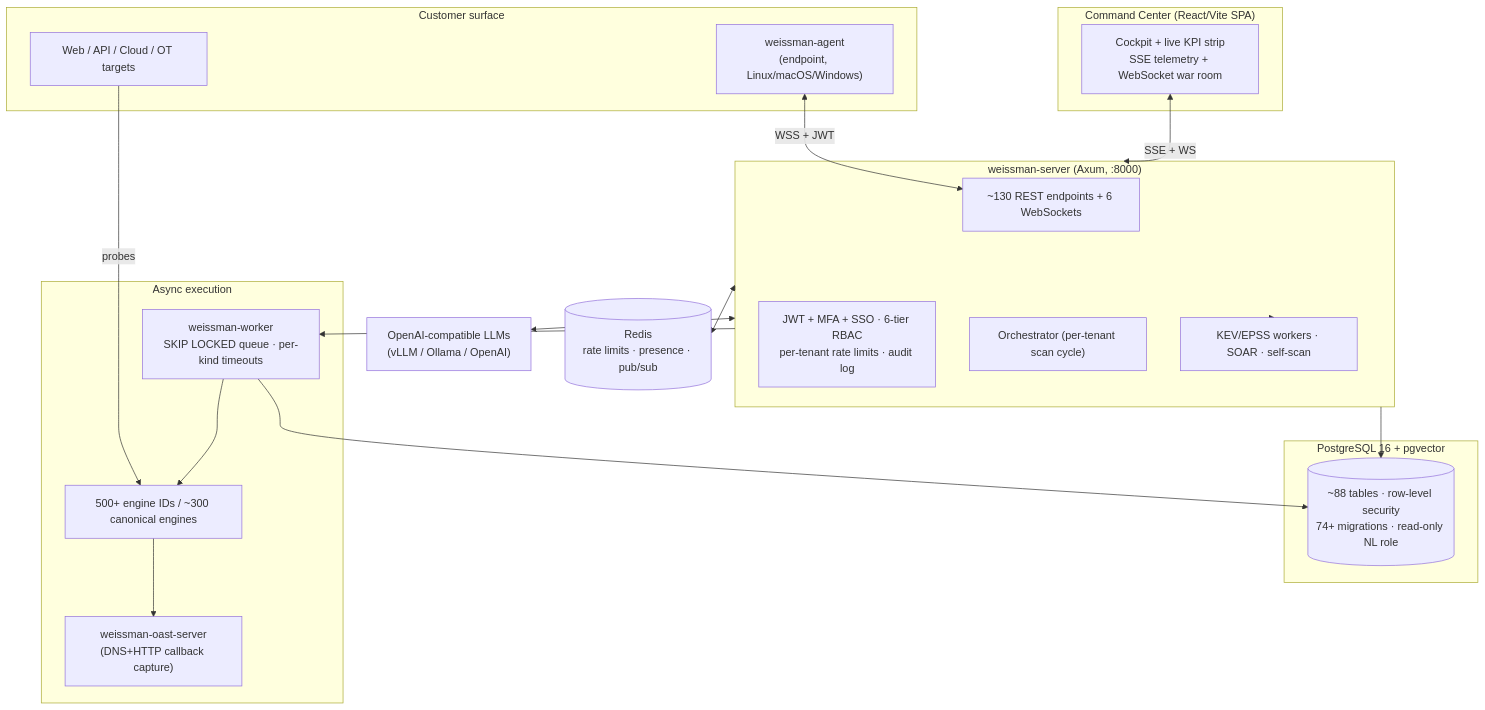
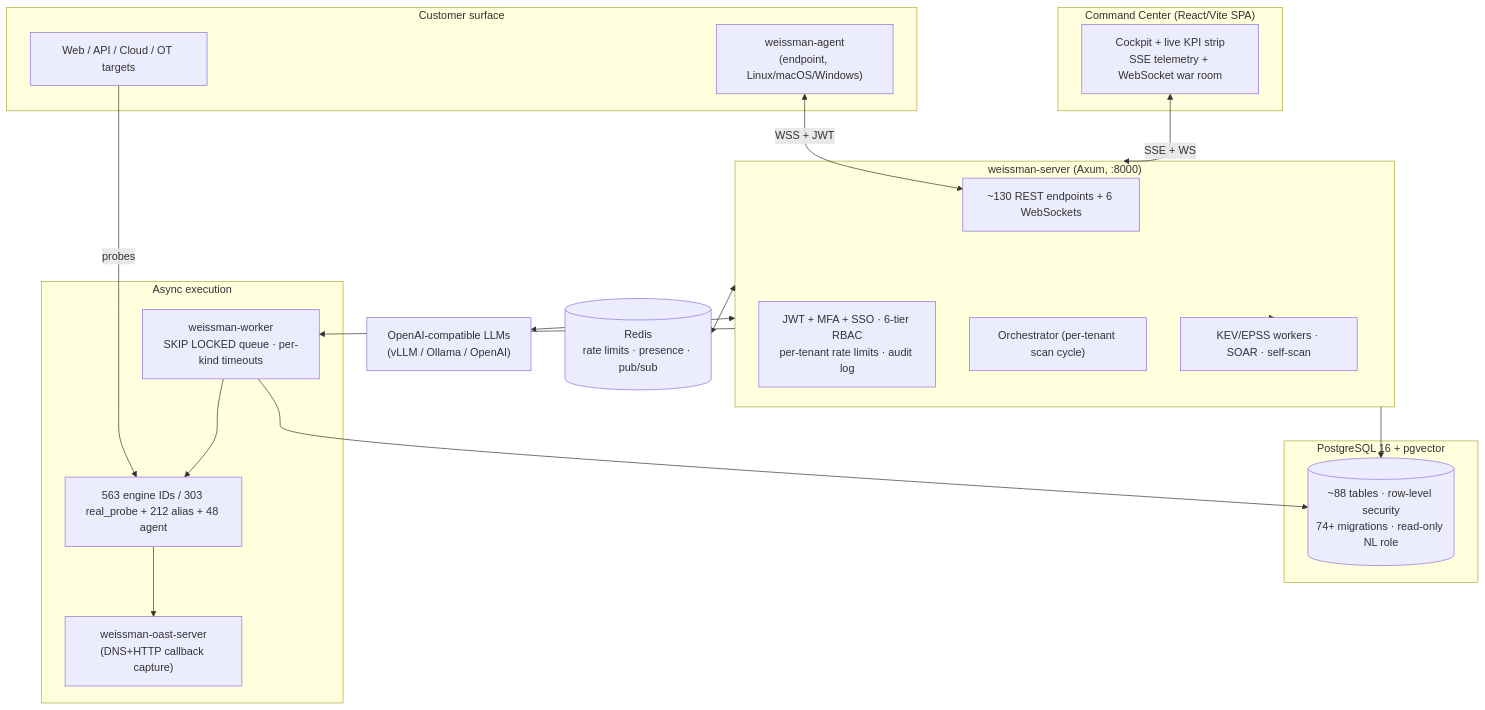
The diagram in Weissman_Cybersecurity_Executive_Technical_Briefing.md (israel12132/weissman-cybersecurity), drawn with Mermaid before and after one commit. The commit also changed other lines of this file and 16 other files, not shown here.

First line of the commit message:
docs: correct engine counts to CI-verified truth (563 = 303 real_probe + 212 alias + 48 agent_required)

````diff
--- a/Weissman_Cybersecurity_Executive_Technical_Briefing.md
+++ b/Weissman_Cybersecurity_Executive_Technical_Briefing.md
@@ -94,43 +94,43 @@
 ```mermaid
 flowchart TB
     subgraph client["Customer surface"]
       WEB["Web / API / Cloud / OT targets"]
       AGENT["weissman-agent\n(endpoint, Linux/macOS/Windows)"]
     end
 
     subgraph ui["Command Center (React/Vite SPA)"]
       COCKPIT["Cockpit + live KPI strip\nSSE telemetry + WebSocket war room"]
     end
 
     subgraph api["weissman-server (Axum, :8000)"]
       ROUTES["~130 REST endpoints + 6 WebSockets"]
       AUTHZ["JWT + MFA + SSO · 6-tier RBAC\nper-tenant rate limits · audit log"]
       ORCH["Orchestrator (per-tenant scan cycle)"]
       INTEL["KEV/EPSS workers · SOAR · self-scan"]
     end
 
     subgraph data["PostgreSQL 16 + pgvector"]
       DB[("~88 tables · row-level security\n74+ migrations · read-only NL role")]
     end
 
     subgraph workers["Async execution"]
       WORKER["weissman-worker\nSKIP LOCKED queue · per-kind timeouts"]
-      ENGINES["500+ engine IDs / ~300 canonical engines"]
+      ENGINES["563 engine IDs / 303 real_probe + 212 alias + 48 agent"]
       OAST["weissman-oast-server\n(DNS+HTTP callback capture)"]
     end
 
     LLM["OpenAI-compatible LLMs\n(vLLM / Ollama / OpenAI)"]
     REDIS[("Redis\nrate limits · presence · pub/sub")]
 
     COCKPIT <-->|SSE + WS| api
     WEB <-- probes --- ENGINES
     AGENT <-->|WSS + JWT| ROUTES
     api --> DB
     WORKER --> DB
     api --> WORKER
     WORKER --> ENGINES
     ENGINES --> OAST
     api <--> LLM
     api <--> REDIS
     api --> INTEL
 ```
````
